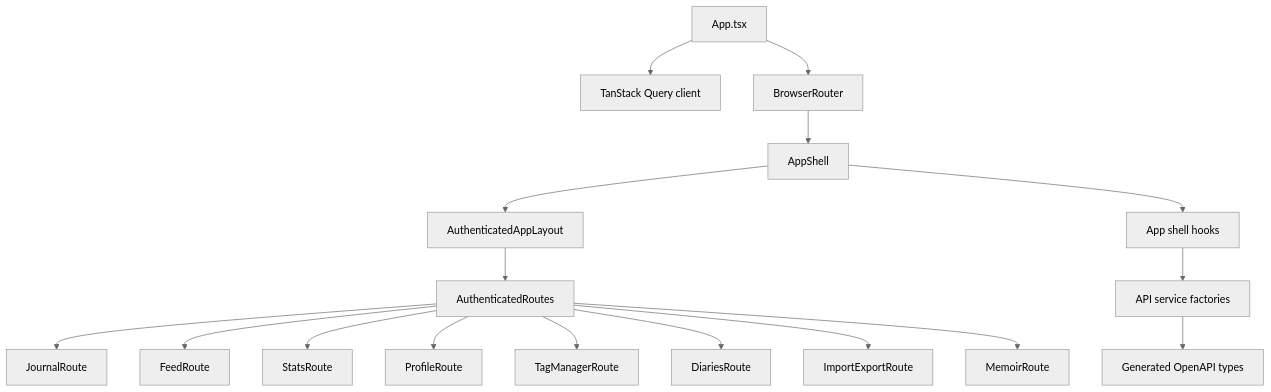
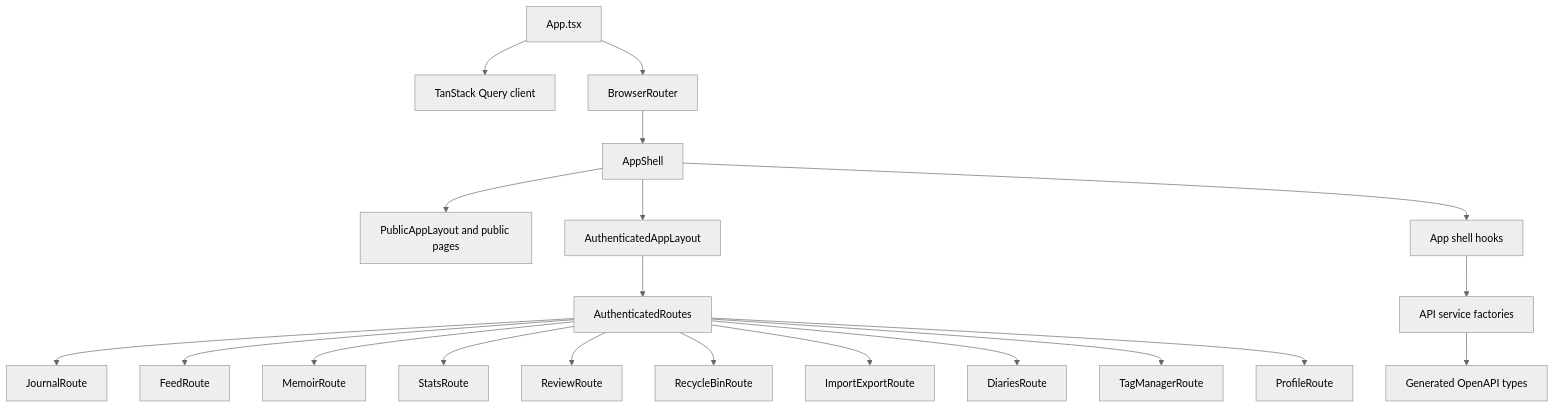
The second of 2 diagrams in docs/architecture.md (chefzaid/thoughty), drawn with Mermaid (neutral theme) before and after one commit. The commit also changed other lines of this file and 12 other files, not shown here.

````diff
--- a/docs/architecture.md
+++ b/docs/architecture.md
@@ -59,21 +76,24 @@
 ```mermaid
 flowchart TD
     App[App.tsx] --> Query[TanStack Query client]
     App --> Router[BrowserRouter]
     Router --> Shell[AppShell]
+    Shell --> Public[PublicAppLayout and public pages]
     Shell --> Layout[AuthenticatedAppLayout]
     Layout --> Routes[AuthenticatedRoutes]
 
     Routes --> Journal[JournalRoute]
     Routes --> Feed[FeedRoute]
+    Routes --> Memoir[MemoirRoute]
     Routes --> Stats[StatsRoute]
+    Routes --> Review[ReviewRoute]
+    Routes --> RecycleBin[RecycleBinRoute]
+    Routes --> ImportExport[ImportExportRoute]
+    Routes --> Diaries[DiariesRoute]
+    Routes --> Tags[TagManagerRoute]
     Routes --> Profile[ProfileRoute]
-    Routes --> Tags[TagManagerRoute]
-    Routes --> Diaries[DiariesRoute]
-    Routes --> ImportExport[ImportExportRoute]
-    Routes --> Memoir[MemoirRoute]
 
     Shell --> Hooks[App shell hooks]
     Hooks --> Services[API service factories]
     Services --> Generated[Generated OpenAPI types]
 ```
````
